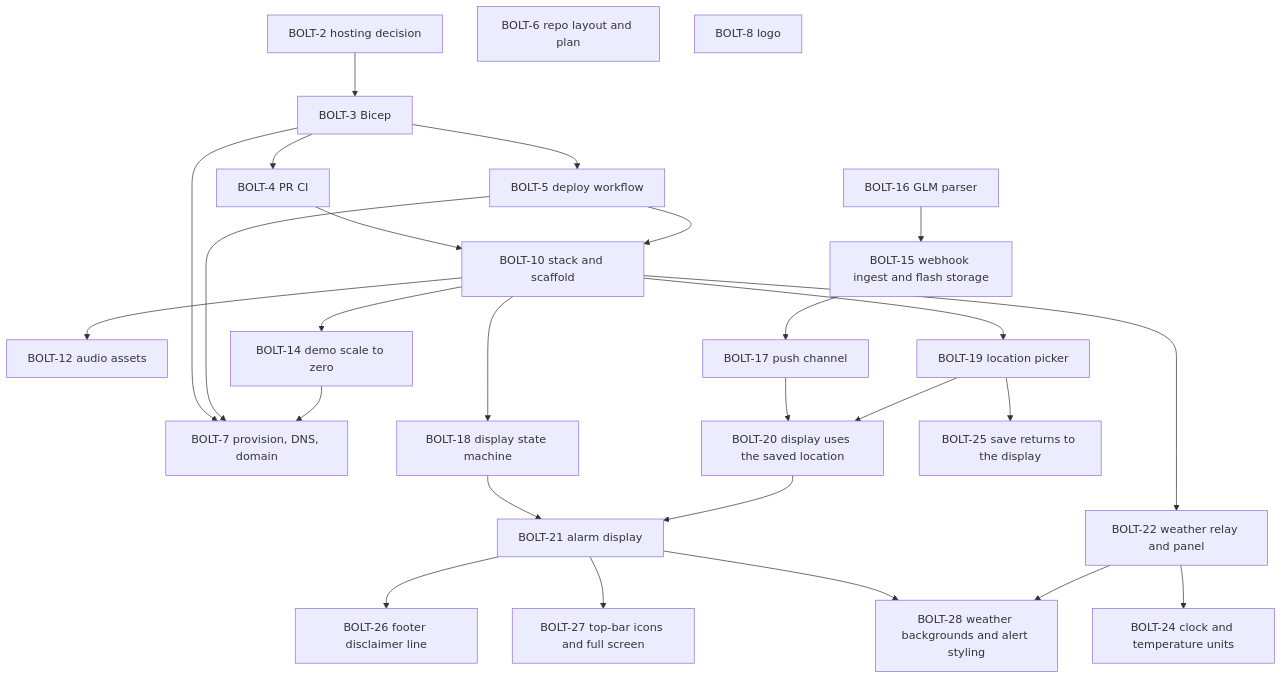
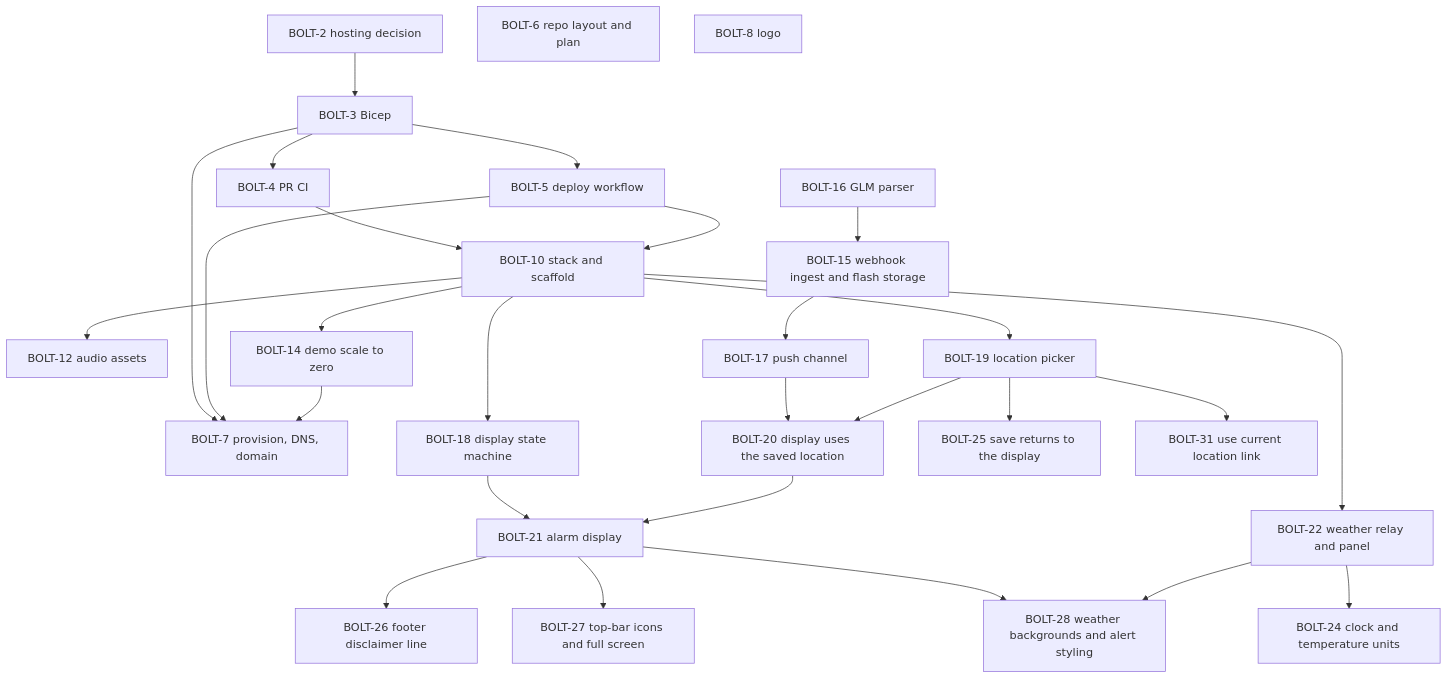
The diagram in docs/plan.md (henrique-meyer/boltclock), drawn with Mermaid before and after one commit. The commit also changed other lines of this file and 4 other files, not shown here.

First line of the commit message:
BOLT-31 Location picker: "Use current location" link

````diff
--- a/docs/plan.md
+++ b/docs/plan.md
@@ -15,51 +15,53 @@
 ```mermaid
 flowchart TD
   s2[BOLT-2 hosting decision]
   s3[BOLT-3 Bicep]
   s4[BOLT-4 PR CI]
   s5[BOLT-5 deploy workflow]
   s6[BOLT-6 repo layout and plan]
   s7[BOLT-7 provision, DNS, domain]
   s8[BOLT-8 logo]
   s10[BOLT-10 stack and scaffold]
   s12[BOLT-12 audio assets]
   s14[BOLT-14 demo scale to zero]
   s15[BOLT-15 webhook ingest and flash storage]
   s16[BOLT-16 GLM parser]
   s17[BOLT-17 push channel]
   s18[BOLT-18 display state machine]
   s19[BOLT-19 location picker]
   s20[BOLT-20 display uses the saved location]
   s21[BOLT-21 alarm display]
   s22[BOLT-22 weather relay and panel]
   s24[BOLT-24 clock and temperature units]
   s25[BOLT-25 save returns to the display]
   s26[BOLT-26 footer disclaimer line]
   s27[BOLT-27 top-bar icons and full screen]
   s28[BOLT-28 weather backgrounds and alert styling]
+  s31[BOLT-31 use current location link]
   s2 --> s3
   s4 --> s10
   s5 --> s10
   s3 --> s4
   s3 --> s5
   s3 --> s7
   s5 --> s7
   s10 --> s12
   s10 --> s14
   s14 --> s7
   s16 --> s15
   s15 --> s17
   s10 --> s18
   s10 --> s19
   s17 --> s20
   s19 --> s20
   s18 --> s21
   s20 --> s21
   s10 --> s22
   s22 --> s24
   s19 --> s25
   s21 --> s26
   s21 --> s27
   s21 --> s28
   s22 --> s28
+  s19 --> s31
 ```
````
